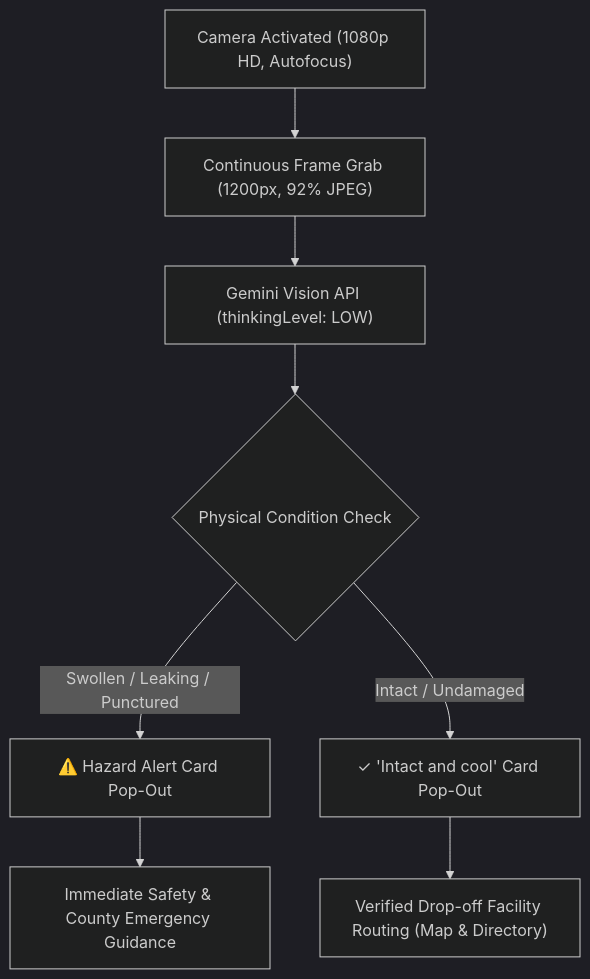
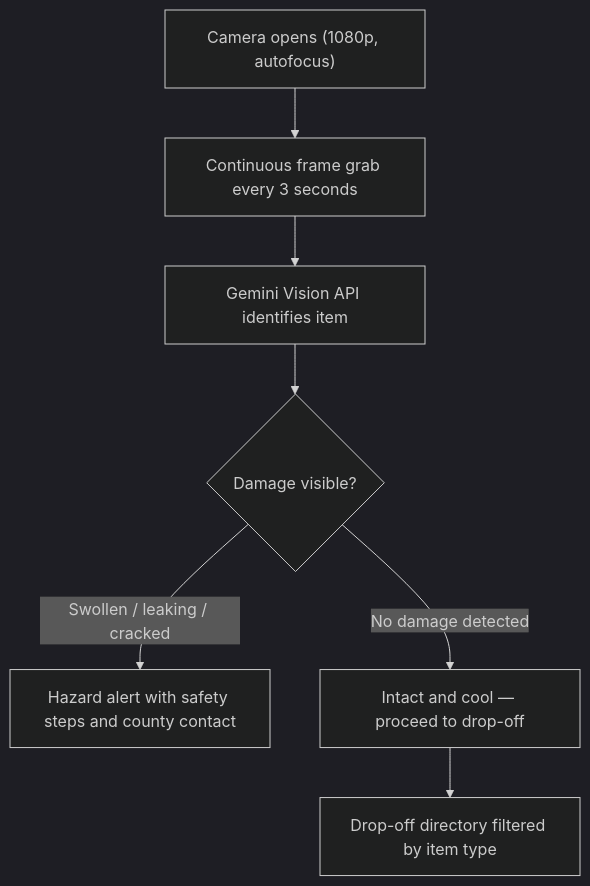
One commit to emmanguyen1/watt2do changed the diagram in README.md. Above: the diagram before and after it, drawn with Mermaid (dark theme). The commit also changed other lines of this file and 2 other files, not shown here.

````diff
--- a/README.md
+++ b/README.md
@@ -134,10 +104,9 @@
 ```mermaid
 flowchart TD
-    A["Camera Activated (1080p HD, Autofocus)"] --> B["Continuous Frame Grab (1200px, 92% JPEG)"]
-    B --> C["Gemini Vision API (thinkingLevel: LOW)"]
-    C --> D{"Physical Condition Check"}
-    D -- "Swollen / Leaking / Punctured" --> E["⚠️ Hazard Alert Card Pop-Out"]
-    E --> F["Immediate Safety & County Emergency Guidance"]
-    D -- "Intact / Undamaged" --> G["✓ 'Intact and cool' Card Pop-Out"]
-    G --> H["Verified Drop-off Facility Routing (Map & Directory)"]
+    A["Camera opens (1080p, autofocus)"] --> B["Continuous frame grab every 3 seconds"]
+    B --> C["Gemini Vision API identifies item"]
+    C --> D{"Damage visible?"}
+    D -- "Swollen / leaking / cracked" --> E["Hazard alert with safety steps and county contact"]
+    D -- "No damage detected" --> F["Intact and cool — proceed to drop-off"]
+    F --> G["Drop-off directory filtered by item type"]
 ```
````
